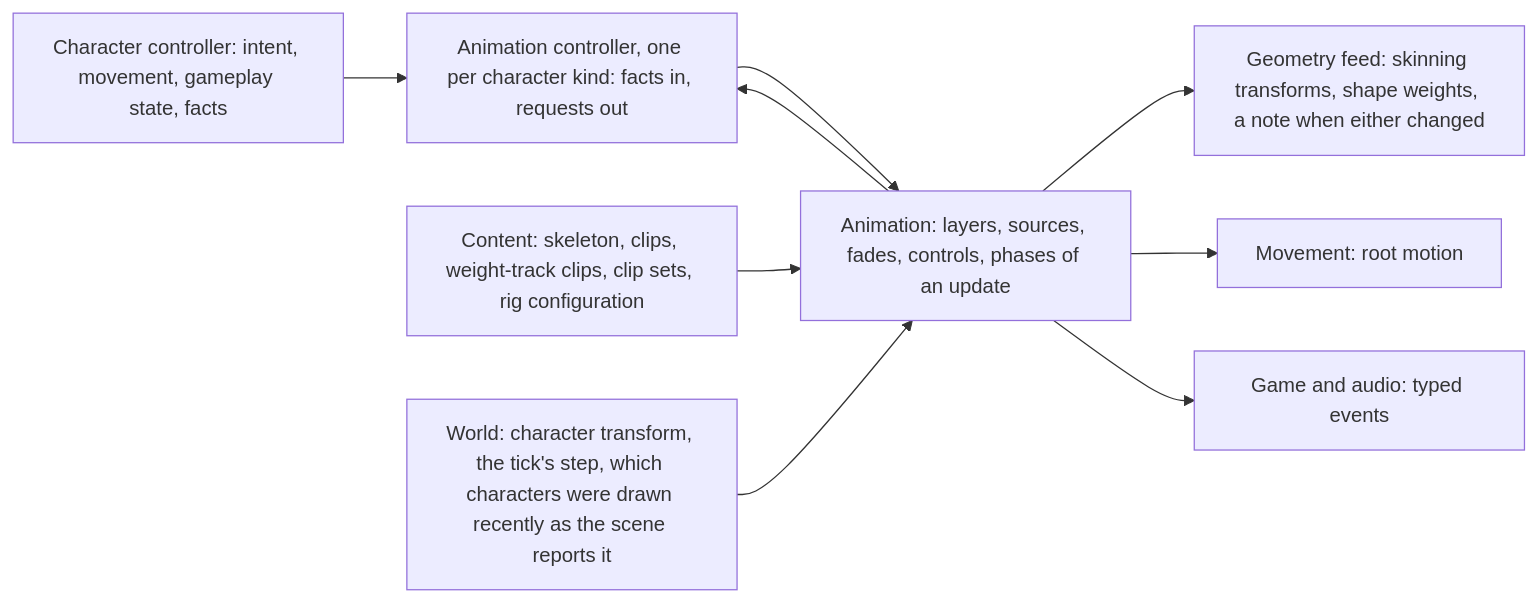
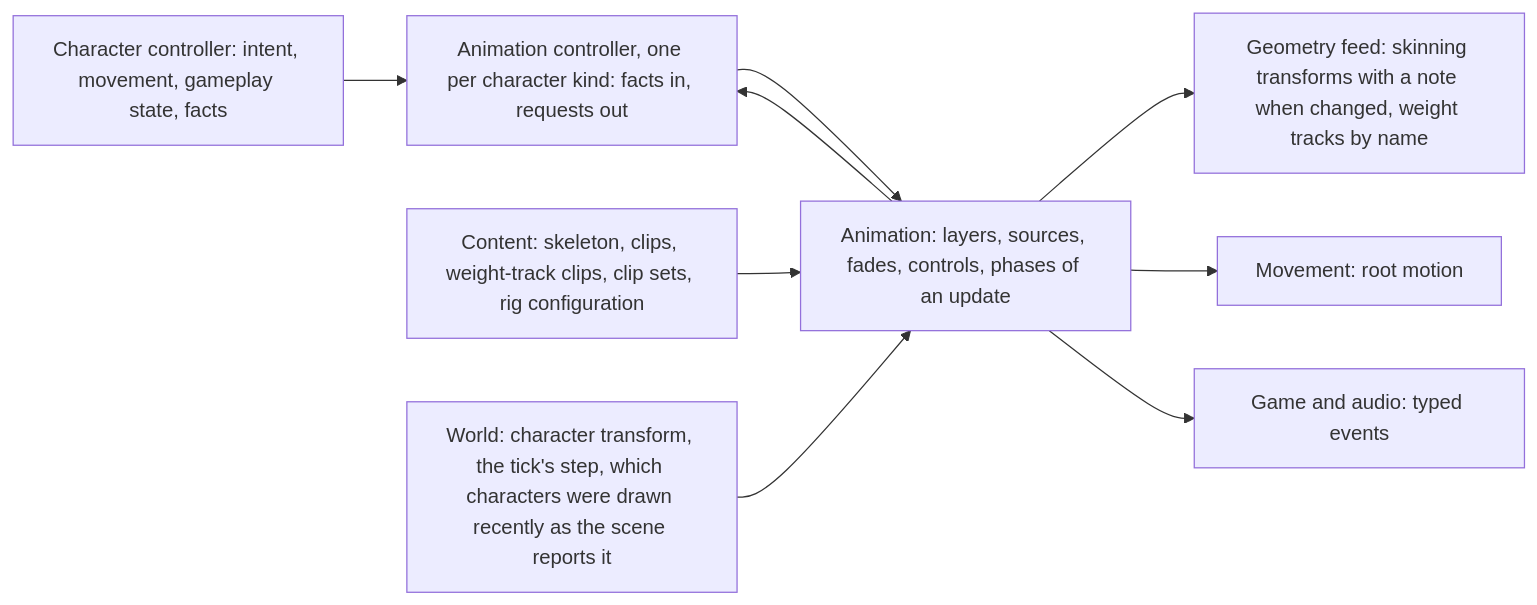
Before and after one commit to plainsight-systems/bullet-witch: the first of 4 diagrams in docs/architecture/animation.md, drawn with Mermaid. The commit also changed other lines of this file and 2 other files, not shown here.

First line of the commit message:
Bind shape weights in the geometry feed: animation publishes weight tracks by name and the feed owns the active rule, the clamp and the comparison

````diff
--- a/docs/architecture/animation.md
+++ b/docs/architecture/animation.md
@@ -33,11 +33,11 @@
 ```mermaid
 flowchart LR
     CC["Character controller: intent, movement, gameplay state, facts"] --> AC["Animation controller, one per character kind: facts in, requests out"]
     AC --> AN["Animation: layers, sources, fades, controls, phases of an update"]
     CT["Content: skeleton, clips, weight-track clips, clip sets, rig configuration"] --> AN
     W["World: character transform, the tick's step, which characters were drawn recently as the scene reports it"] --> AN
-    AN --> GF["Geometry feed: skinning transforms, shape weights, a note when either changed"]
+    AN --> GF["Geometry feed: skinning transforms with a note when changed, weight tracks by name"]
     AN --> MV["Movement: root motion"]
     AN --> EV["Game and audio: typed events"]
     AN --> AC
 ```
````
